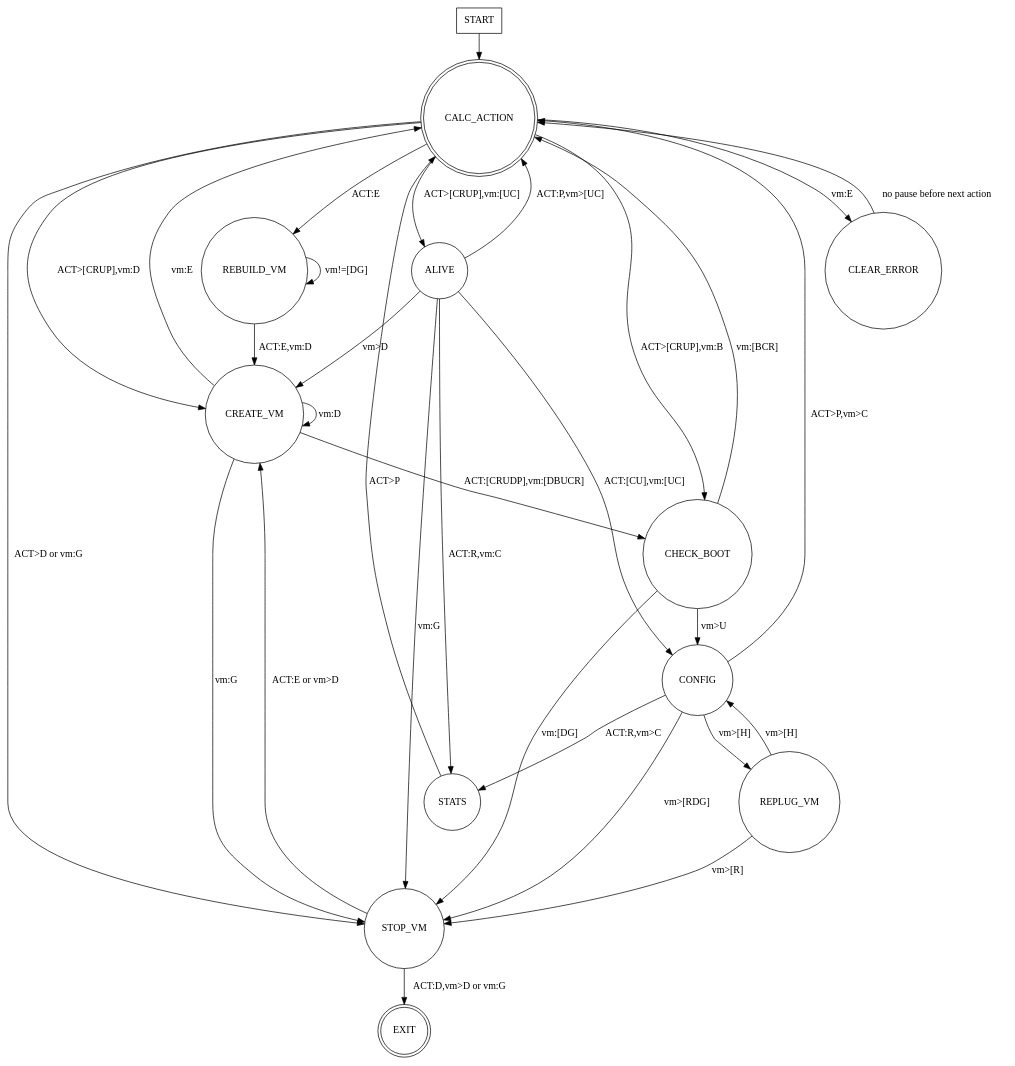
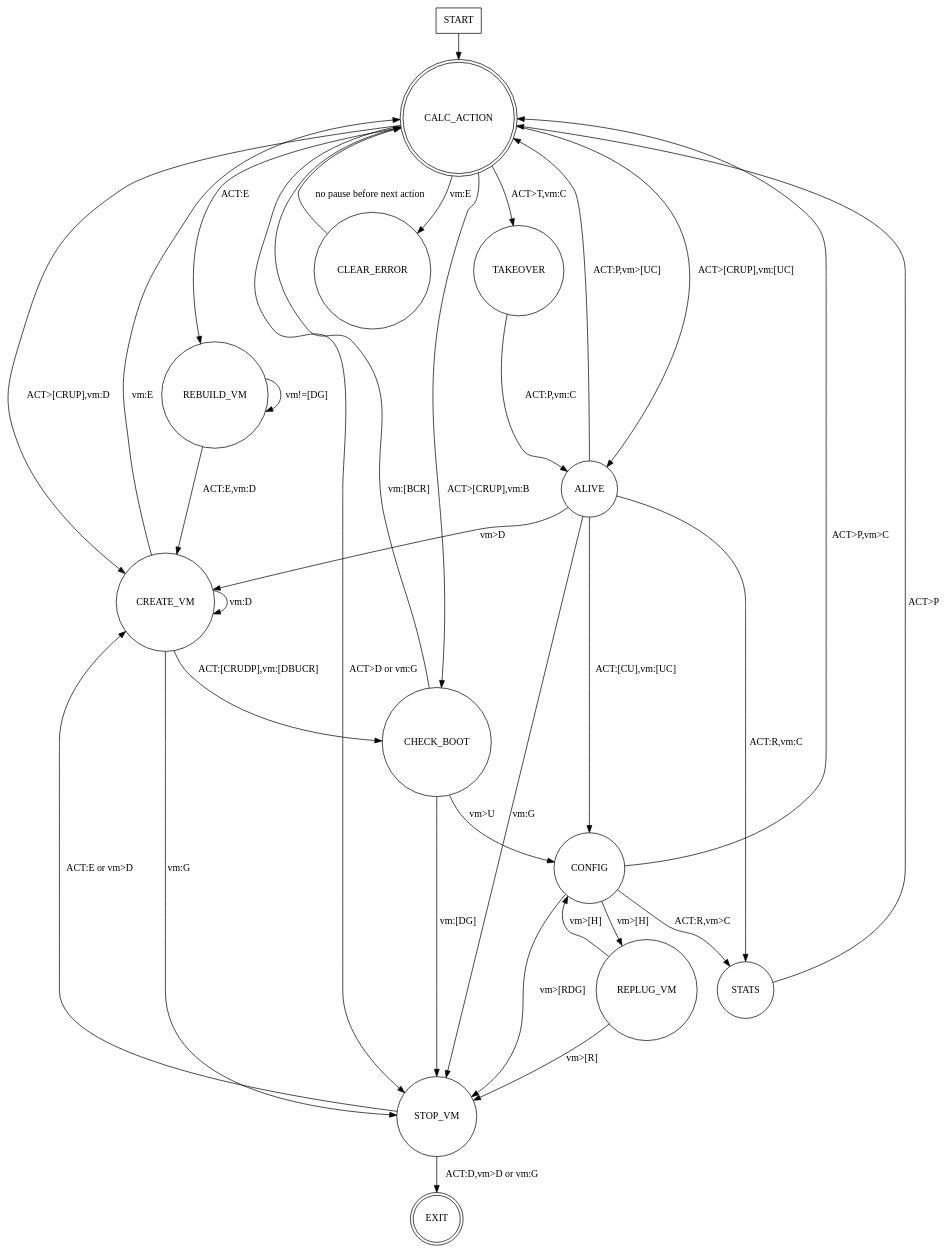
Before and after one commit to openstack-archive/astara: the diagram in doc/source/state_machine.dot, drawn with Graphviz. The commit also changed 15 other files, not shown here.

```diff
--- a/doc/source/state_machine.dot
+++ b/doc/source/state_machine.dot
@@ -1,57 +1,59 @@
 digraph rug {
   // rankdir=LR;
 
   node [shape = rectangle];
   START;
 
   // These nodes enter and exit the state machine.
 
   node [shape = doublecircle];
   EXIT;
   CALC_ACTION;
 
   node [shape = circle];
 
   START -> CALC_ACTION;
 
   CALC_ACTION -> ALIVE [ label = "ACT>[CRUP],vm:[UC]" ];
   CALC_ACTION -> CREATE_VM [ label = "ACT>[CRUP],vm:D" ];
   CALC_ACTION -> CHECK_BOOT [ label = "ACT>[CRUP],vm:B" ];
   CALC_ACTION -> REBUILD_VM [ label = "ACT:E" ];
   CALC_ACTION -> STOP_VM [ label = "ACT>D or vm:G" ];
   CALC_ACTION -> CLEAR_ERROR [ label = "vm:E" ];
+  CALC_ACTION -> TAKEOVER [ label = "ACT>T,vm:C" ];
 
   ALIVE -> CREATE_VM [ label = "vm>D" ];
   ALIVE -> CONFIG [ label = "ACT:[CU],vm:[UC]" ];
   ALIVE -> STATS [ label = "ACT:R,vm:C" ];
   ALIVE -> CALC_ACTION [ label = "ACT:P,vm>[UC]" ];
   ALIVE -> STOP_VM [ label = "vm:G" ];
 
   CREATE_VM -> CHECK_BOOT [ label = "ACT:[CRUDP],vm:[DBUCR]" ];
   CREATE_VM -> STOP_VM [ label = "vm:G" ];
   CREATE_VM -> CALC_ACTION [ label = "vm:E" ];
   CREATE_VM -> CREATE_VM [ label = "vm:D" ];
 
   CHECK_BOOT -> CONFIG [ label = "vm>U" ];
   CHECK_BOOT -> CALC_ACTION [ label = "vm:[BCR]" ];
   CHECK_BOOT -> STOP_VM [ label = "vm:[DG]" ];
 
   CONFIG -> STATS [ label = "ACT:R,vm>C" ];
   CONFIG -> CALC_ACTION [ label = "ACT>P,vm>C" ];
   CONFIG -> REPLUG_VM [ label = "vm>[H]" ];
   CONFIG -> STOP_VM [ label = "vm>[RDG]" ];
 
   REPLUG_VM -> CONFIG [ label = "vm>[H]" ];
   REPLUG_VM -> STOP_VM [ label = "vm>[R]" ];
 
   STATS -> CALC_ACTION [ label = "ACT>P" ];
 
   CLEAR_ERROR -> CALC_ACTION [ label = "no pause before next action" ];
 
   REBUILD_VM -> REBUILD_VM [ label = "vm!=[DG]" ];
   REBUILD_VM -> CREATE_VM [ label = "ACT:E,vm:D" ];
 
   STOP_VM -> CREATE_VM [ label = "ACT:E or vm>D" ];
   STOP_VM -> EXIT [ label = "ACT:D,vm>D or vm:G" ];
 
+  TAKEOVER -> ALIVE [ label = "ACT:P,vm:C" ];
 }
```
